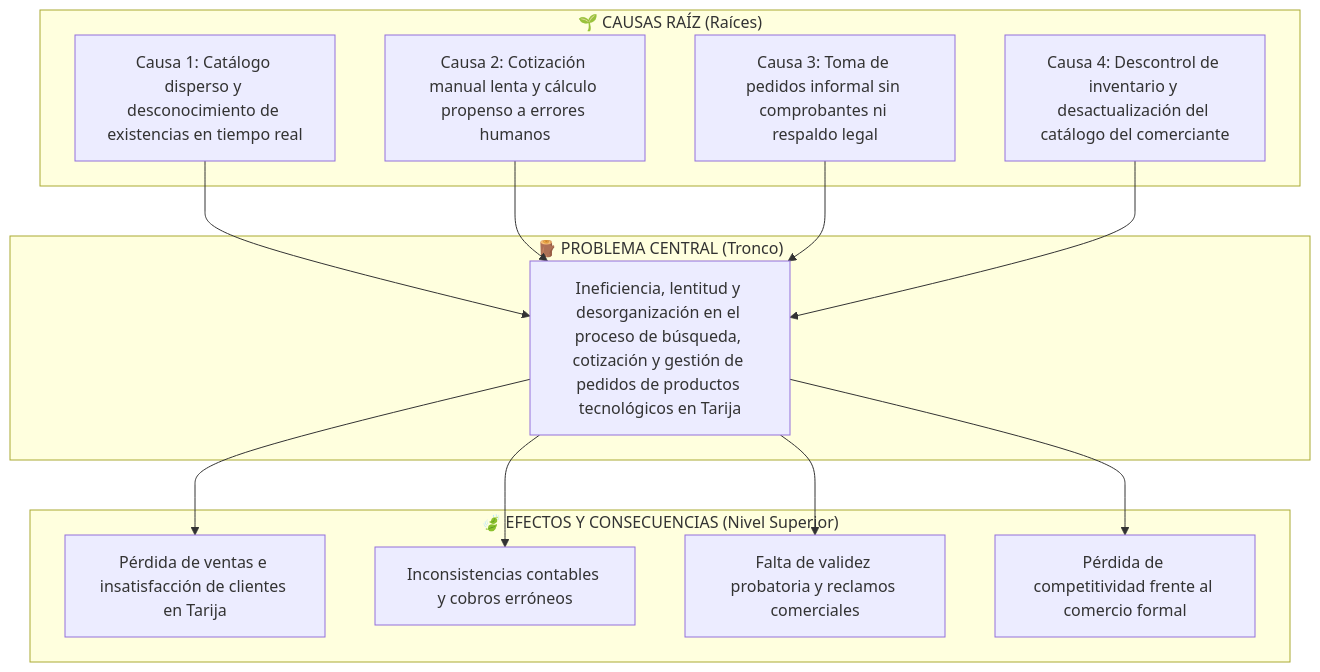
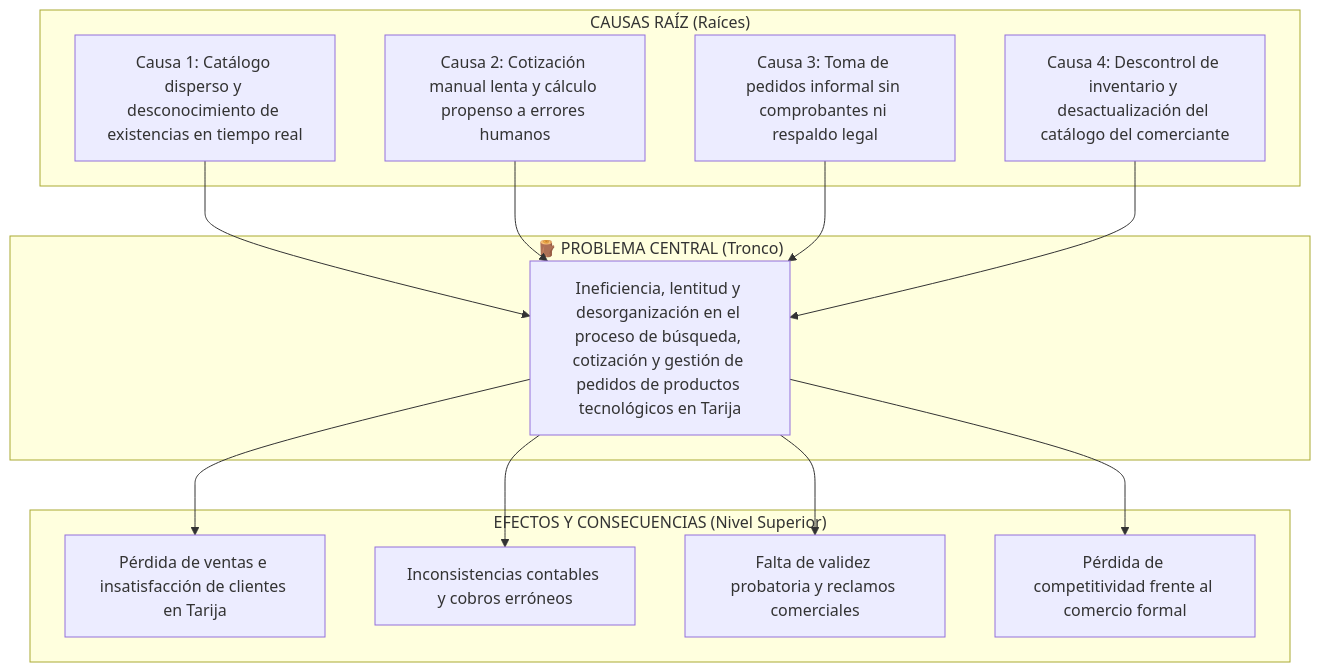
The first of 2 diagrams in PRD.md (arturopacocruz/Sistemas1-PDUR-TechStore), drawn with Mermaid before and after one commit. The commit also changed other lines of this file, not shown here.

````diff
--- a/PRD.md
+++ b/PRD.md
@@ -16,34 +16,34 @@
 ```mermaid
 graph TD
     %% EFECTOS / CONSECUENCIAS (COPA Y RAMAS)
-    subgraph EFECTOS ["🍃 EFECTOS Y CONSECUENCIAS (Nivel Superior)"]
+    subgraph EFECTOS ["EFECTOS Y CONSECUENCIAS (Nivel Superior)"]
         E1["Pérdida de ventas e insatisfacción de clientes en Tarija"]
         E2["Inconsistencias contables y cobros erróneos"]
         E3["Falta de validez probatoria y reclamos comerciales"]
         E4["Pérdida de competitividad frente al comercio formal"]
     end
 
     %% PROBLEMA CENTRAL (TRONCO)
     subgraph TRONCO ["🪵 PROBLEMA CENTRAL (Tronco)"]
         PC["Ineficiencia, lentitud y desorganización en el proceso de búsqueda, cotización y gestión de pedidos de productos tecnológicos en Tarija"]
     end
 
     %% CAUSAS RAÍZ (RAÍCES)
-    subgraph CAUSAS ["🌱 CAUSAS RAÍZ (Raíces)"]
+    subgraph CAUSAS ["CAUSAS RAÍZ (Raíces)"]
         C1["Causa 1: Catálogo disperso y desconocimiento de existencias en tiempo real"]
         C2["Causa 2: Cotización manual lenta y cálculo propenso a errores humanos"]
         C3["Causa 3: Toma de pedidos informal sin comprobantes ni respaldo legal"]
         C4["Causa 4: Descontrol de inventario y desactualización del catálogo del comerciante"]
     end
 
     %% CONEXIONES DEL ÁRBOL
     C1 --> PC
     C2 --> PC
     C3 --> PC
     C4 --> PC
 
     PC --> E1
     PC --> E2
     PC --> E3
     PC --> E4
 ```
````
